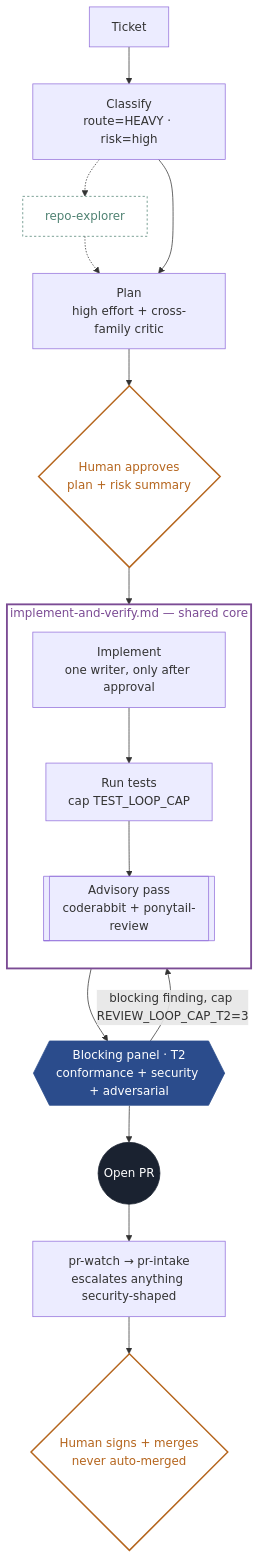
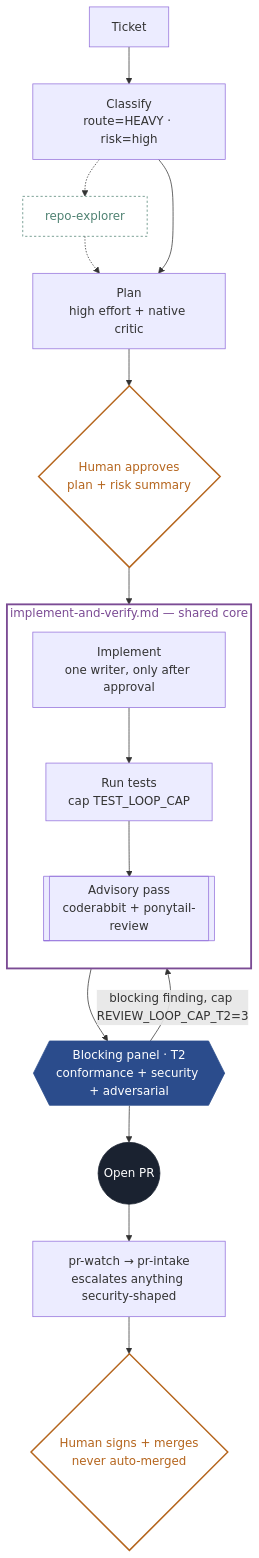
The third of 8 diagrams in README.md (aanojima/software-factory), drawn with Mermaid before and after one commit. The commit also changed other lines of this file and 25 other files, not shown here.

Commit message:
Add host-native Codex review flow (#1)

````diff
--- a/README.md
+++ b/README.md
@@ -196,29 +203,29 @@
 ```mermaid
 flowchart TD
     classDef advisory fill:transparent,stroke:#4F8272,color:#4F8272,stroke-width:1px,stroke-dasharray:3 3;
     classDef block fill:#2B4C8C,stroke:#2B4C8C,color:#fff;
     classDef gate fill:transparent,stroke:#B5651D,color:#B5651D,stroke-width:2px;
     classDef terminal fill:#1A2230,stroke:#1A2230,color:#fff;
     classDef core fill:transparent,stroke:#7B4B94,color:#7B4B94,stroke-width:2.5px;
     A[Ticket] --> B0["Classify<br/>route=HEAVY · risk=high"]
     B0 -.-> X["repo-explorer"]
     X -.-> P
-    B0 --> P["Plan<br/>high effort + cross-family critic"]
+    B0 --> P["Plan<br/>high effort + native critic"]
     P --> D0{"Human approves<br/>plan + risk summary"}
     D0 --> B
     subgraph CORE3["implement-and-verify.md — shared core"]
         direction TB
         B["Implement<br/>one writer, only after approval"] --> C["Run tests<br/>cap TEST_LOOP_CAP"]
         C --> Dadv[["Advisory pass<br/>coderabbit + ponytail-review"]]
     end
     Dadv --> G{{"Blocking panel · T2<br/>conformance + security + adversarial"}}
     G -->|blocking finding, cap REVIEW_LOOP_CAP_T2=3| B
     G --> H(("Open PR"))
     H --> I["pr-watch → pr-intake<br/>escalates anything security-shaped"]
     I --> J{"Human signs + merges<br/>never auto-merged"}
     class X advisory
     class D0,J gate
     class G block
     class H terminal
     class CORE3 core
 ```
````
